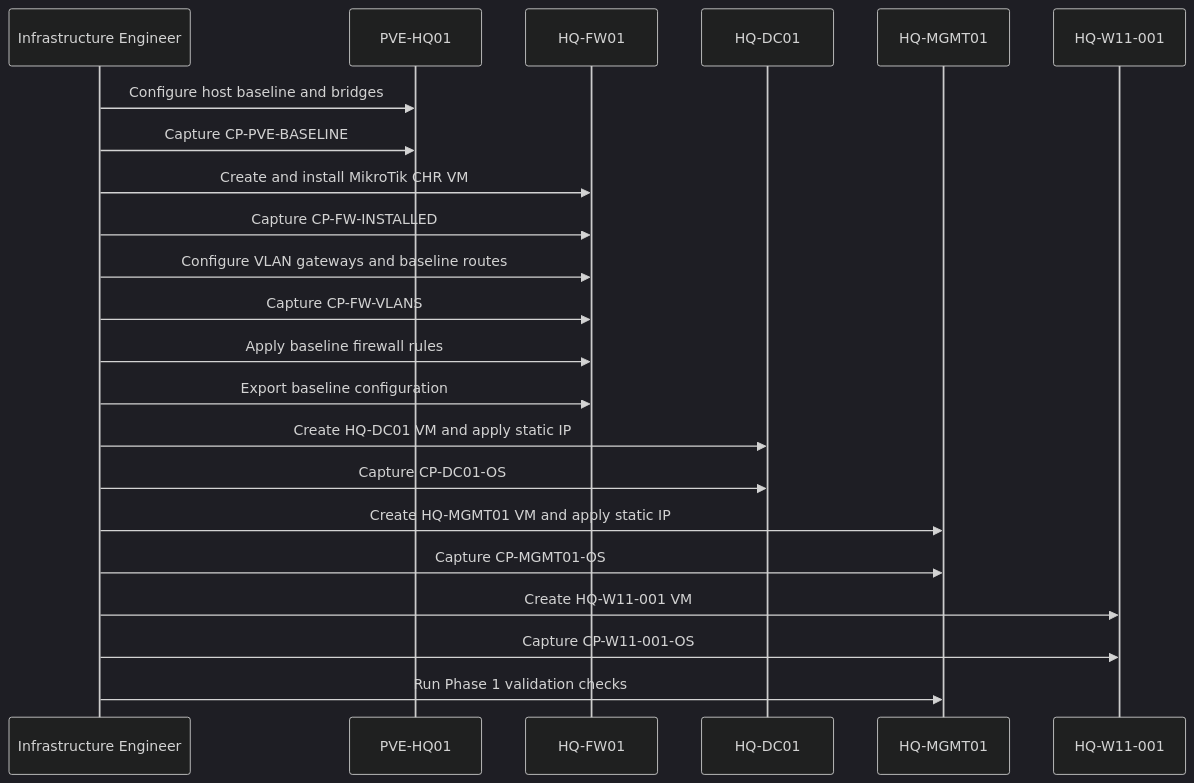
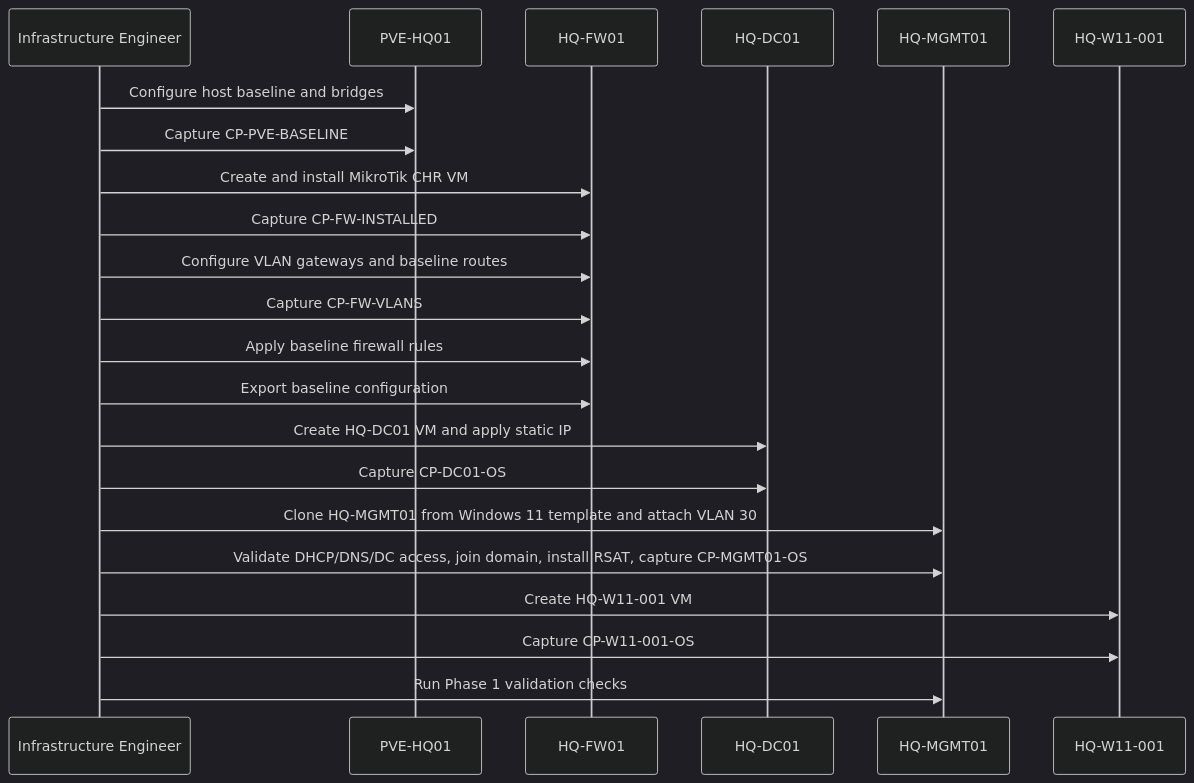
One commit to gntech-dev/geil-enterprise-docs changed the first of 3 diagrams in docs/platform/phase-1-build-plan.md. Above: the diagram before and after it, drawn with Mermaid (dark theme). The commit also changed other lines of this file and 19 other files, not shown here.

Commit message:
docs: define HQ-MGMT01 as Windows 11 management workstation

````diff
--- a/docs/platform/phase-1-build-plan.md
+++ b/docs/platform/phase-1-build-plan.md
@@ -58,25 +58,25 @@
 ```mermaid
 sequenceDiagram
     participant Eng as Infrastructure Engineer
     participant PVE as PVE-HQ01
     participant FW as HQ-FW01
     participant DC as HQ-DC01
     participant MGMT as HQ-MGMT01
     participant W11 as HQ-W11-001
 
     Eng->>PVE: Configure host baseline and bridges
     Eng->>PVE: Capture CP-PVE-BASELINE
     Eng->>FW: Create and install MikroTik CHR VM
     Eng->>FW: Capture CP-FW-INSTALLED
     Eng->>FW: Configure VLAN gateways and baseline routes
     Eng->>FW: Capture CP-FW-VLANS
     Eng->>FW: Apply baseline firewall rules
     Eng->>FW: Export baseline configuration
     Eng->>DC: Create HQ-DC01 VM and apply static IP
     Eng->>DC: Capture CP-DC01-OS
-    Eng->>MGMT: Create HQ-MGMT01 VM and apply static IP
-    Eng->>MGMT: Capture CP-MGMT01-OS
+    Eng->>MGMT: Clone HQ-MGMT01 from Windows 11 template and attach VLAN 30
+    Eng->>MGMT: Validate DHCP/DNS/DC access, join domain, install RSAT, capture CP-MGMT01-OS
     Eng->>W11: Create HQ-W11-001 VM
     Eng->>W11: Capture CP-W11-001-OS
     Eng->>MGMT: Run Phase 1 validation checks
 ```
````
